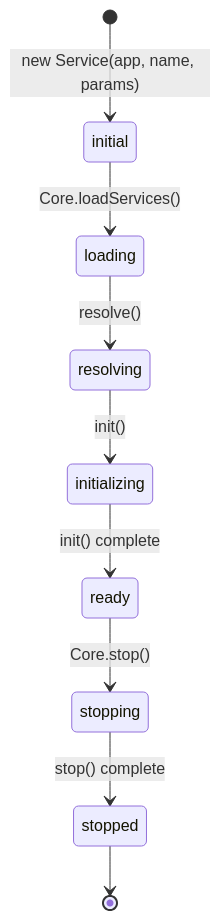
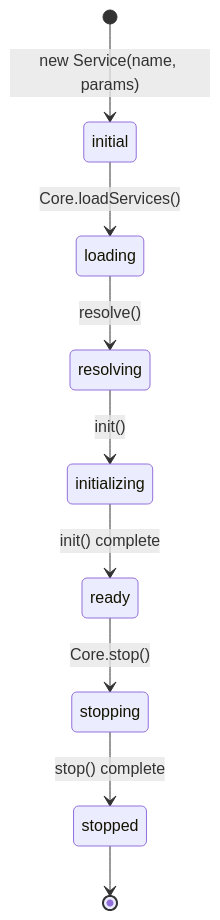
One commit to loopingz/webda.io changed the first of 2 diagrams in docs/pages/Modules/core/Lifecycle.md. Above: the diagram before and after it, drawn with Mermaid. The commit also changed other lines of this file and 104 other files, not shown here.

````diff
--- a/docs/pages/Modules/core/Lifecycle.md
+++ b/docs/pages/Modules/core/Lifecycle.md
@@ -12,11 +12,11 @@
 ```mermaid
 stateDiagram-v2
-    [*] --> initial : new Service(app, name, params)
+    [*] --> initial : new Service(name, params)
     initial --> loading : Core.loadServices()
     loading --> resolving : resolve()
     resolving --> initializing : init()
     initializing --> ready : init() complete
     ready --> stopping : Core.stop()
     stopping --> stopped : stop() complete
     stopped --> [*]
 ```
````
